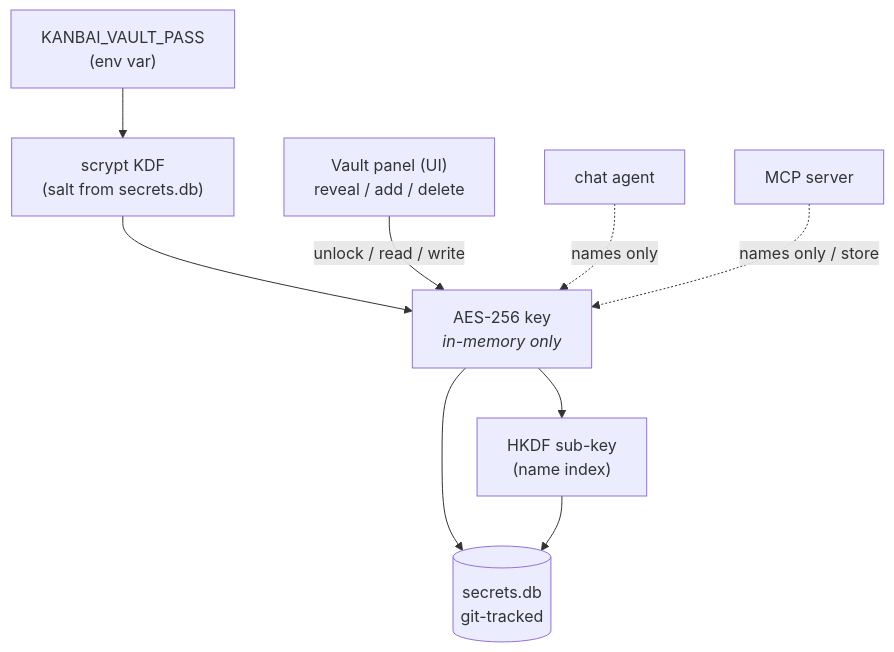
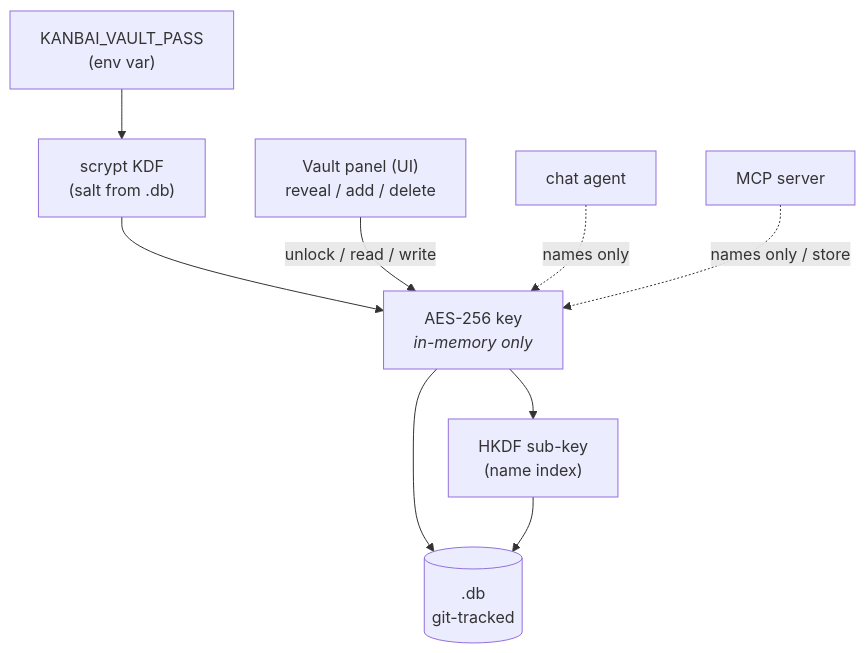
One commit to particle1331/kanbai changed the first of 2 diagrams in docs/vault.md. Above: the diagram before and after it, drawn with Mermaid. The commit also changed other lines of this file and 15 other files, not shown here.

````diff
--- a/docs/vault.md
+++ b/docs/vault.md
@@ -64,19 +64,19 @@
 ```mermaid
 flowchart TD
     PASS["KANBAI_VAULT_PASS<br/>(env var)"]
-    SCRYPT["scrypt KDF<br/>(salt from secrets.db)"]
+    SCRYPT["scrypt KDF<br/>(salt from .db)"]
     KEY["AES-256 key<br/><i>in-memory only</i>"]
     HKDF["HKDF sub-key<br/>(name index)"]
     UI["Vault panel (UI)<br/>reveal / add / delete"]
     CHAT["chat agent"]
     MCP["MCP server"]
-    SDB[("secrets.db<br/>git-tracked")]
+    SDB[(".db<br/>git-tracked")]
 
     PASS --> SCRYPT --> KEY
     KEY --> HKDF
     UI -- unlock / read / write --> KEY
     CHAT -. "names only" .-> KEY
     MCP -. "names only / store" .-> KEY
     KEY --> SDB
     HKDF --> SDB
 ```
````
